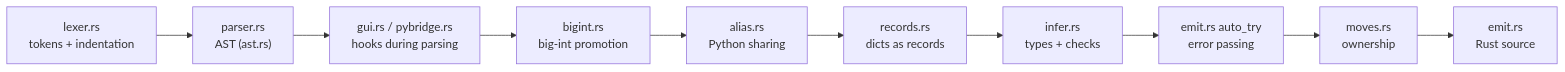
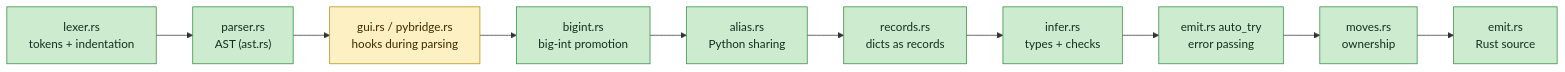
Before and after one commit to ets-public/brevi: the third of 6 diagrams in docs/ARCHITECTURE.md, drawn with Mermaid. The commit also changed other lines of this file, not shown here.

First line of the commit message:
Architecture doc: highlight what runs as Brevi native code

````diff
--- a/docs/ARCHITECTURE.md
+++ b/docs/ARCHITECTURE.md
@@ -73,12 +107,17 @@
 ```mermaid
 flowchart LR
     A["lexer.rs<br/>tokens + indentation"] --> B["parser.rs<br/>AST (ast.rs)"]
     B --> C["gui.rs / pybridge.rs<br/>hooks during parsing"]
     C --> D["bigint.rs<br/>big-int promotion"]
     D --> E["alias.rs<br/>Python sharing"]
     E --> F["records.rs<br/>dicts as records"]
     F --> G["infer.rs<br/>types + checks"]
     G --> H["emit.rs auto_try<br/>error passing"]
     H --> I["moves.rs<br/>ownership"]
     I --> J["emit.rs<br/>Rust source"]
+    classDef native fill:#cdeccf,stroke:#2f8a3e,color:#10301a
+    classDef mixed fill:#fdf0c2,stroke:#b58a12,color:#3a2a00
+    classDef cpython fill:#f9d9c9,stroke:#c0522b,color:#3a1405
+    class A,B,D,E,F,G,H,I,J native
+    class C mixed
 ```
````
